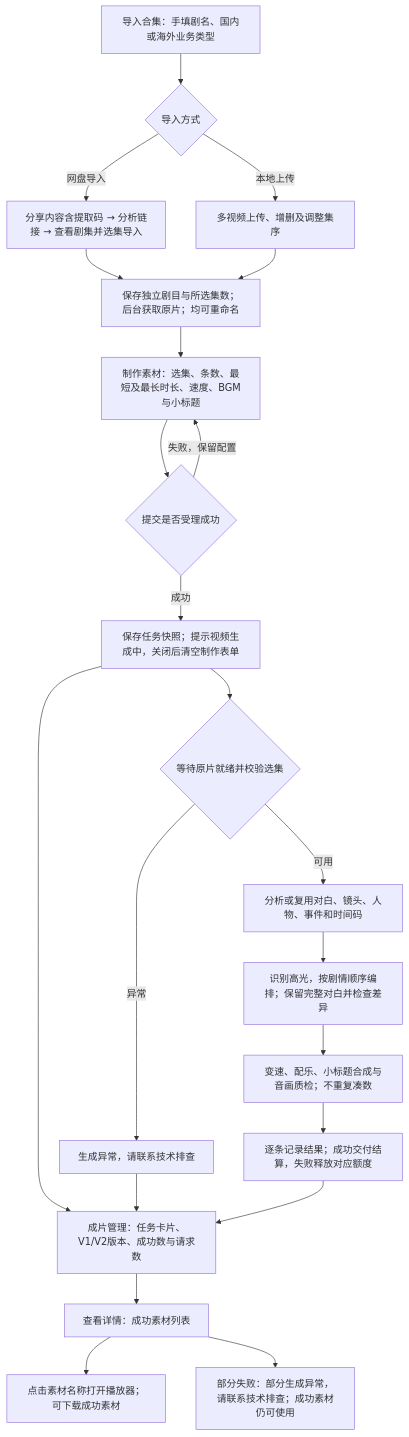
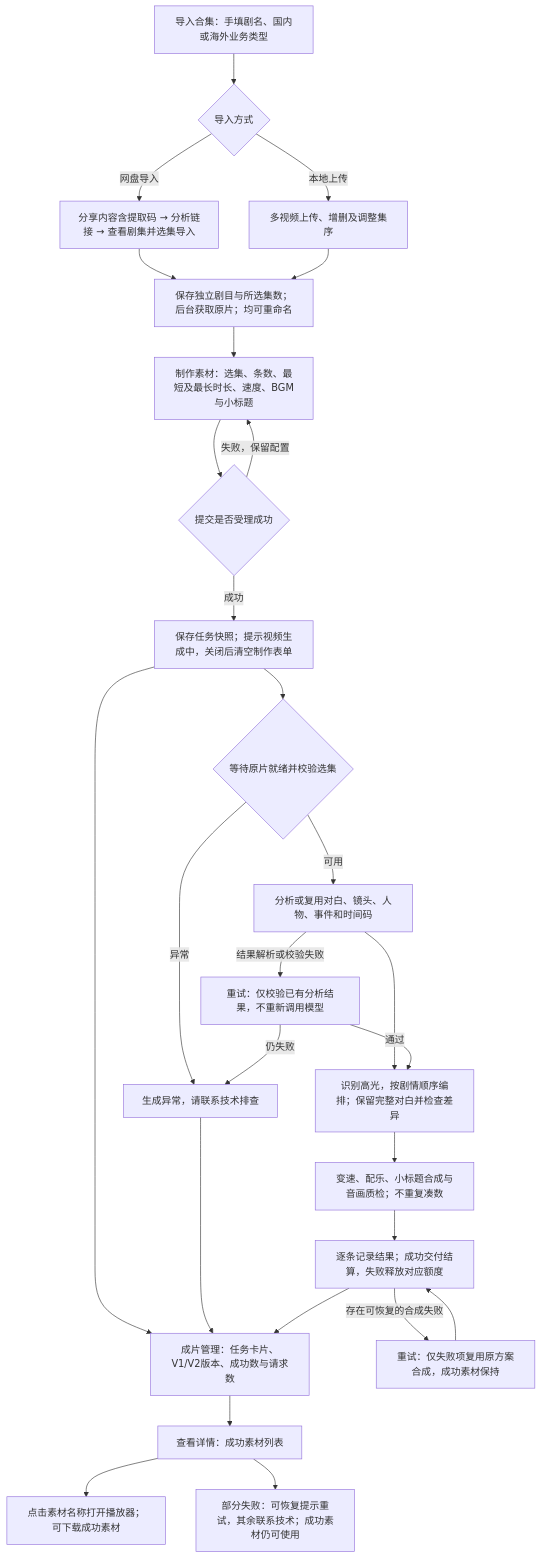
Before and after one commit to hongjuan303/html-prototypes: the diagram in ai-smart-mixed-cut-v7/assets/highlight-workflow-v7.mmd, drawn with Mermaid. The commit also changed 39 other files, not shown here.

```diff
--- a/ai-smart-mixed-cut-v7/assets/highlight-workflow-v7.mmd
+++ b/ai-smart-mixed-cut-v7/assets/highlight-workflow-v7.mmd
@@ -1,22 +1,28 @@
 flowchart TD
  importSource["导入合集：手填剧名、国内或海外业务类型"] --> importMode{"导入方式"}
  importMode -->|网盘导入| cloud["分享内容含提取码 → 分析链接 → 查看剧集并选集导入"]
  importMode -->|本地上传| local["多视频上传、增删及调整集序"]
  cloud --> library["保存独立剧目与所选集数；后台获取原片；均可重命名"]
  local --> library
  library --> configure["制作素材：选集、条数、最短及最长时长、速度、BGM与小标题"]
  configure --> submit{"提交是否受理成功"}
  submit -->|失败，保留配置| configure
  submit -->|成功| snapshot["保存任务快照；提示视频生成中，关闭后清空制作表单"]
  snapshot --> sourceReady{"等待原片就绪并校验选集"}
  sourceReady -->|异常| failed["生成异常，请联系技术排查"]
  sourceReady -->|可用| analyze["分析或复用对白、镜头、人物、事件和时间码"]
  analyze --> highlights["识别高光，按剧情顺序编排；保留完整对白并检查差异"]
  highlights --> render["变速、配乐、小标题合成与音画质检；不重复凑数"]
  render --> results["逐条记录结果；成功交付结算，失败释放对应额度"]
  snapshot --> tasks["成片管理：任务卡片、V1/V2版本、成功数与请求数"]
  failed --> tasks
  results --> tasks
  tasks --> detail["查看详情：成功素材列表"]
  detail --> preview["点击素材名称打开播放器；可下载成功素材"]
- detail --> partial["部分失败：部分生成异常，请联系技术排查；成功素材仍可使用"]
+ detail --> partial["部分失败：可恢复提示重试，其余联系技术；成功素材仍可使用"]
+
+ analyze -->|结果解析或校验失败| validateRetry["重试：仅校验已有分析结果，不重新调用模型"]
+ validateRetry -->|通过| highlights
+ validateRetry -->|仍失败| failed
+ results -->|存在可恢复的合成失败| composeRetry["重试：仅失败项复用原方案合成，成功素材保持"]
+ composeRetry --> results
```
